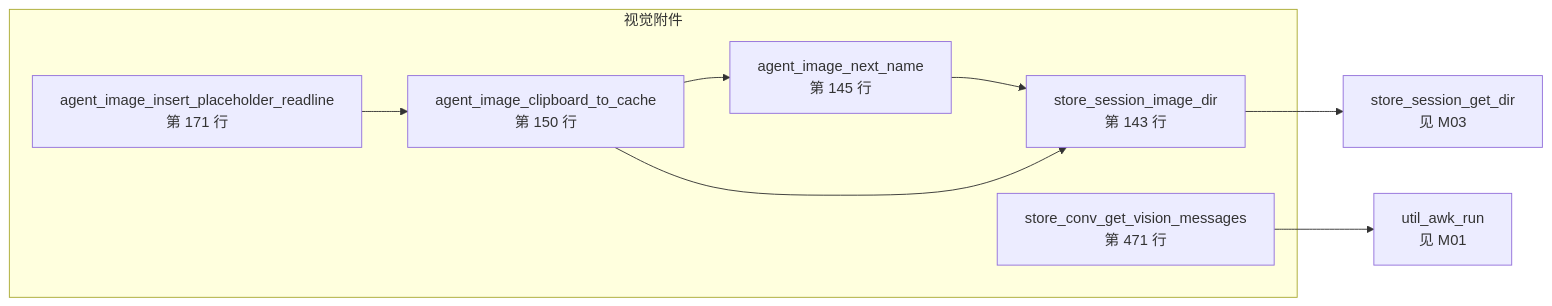
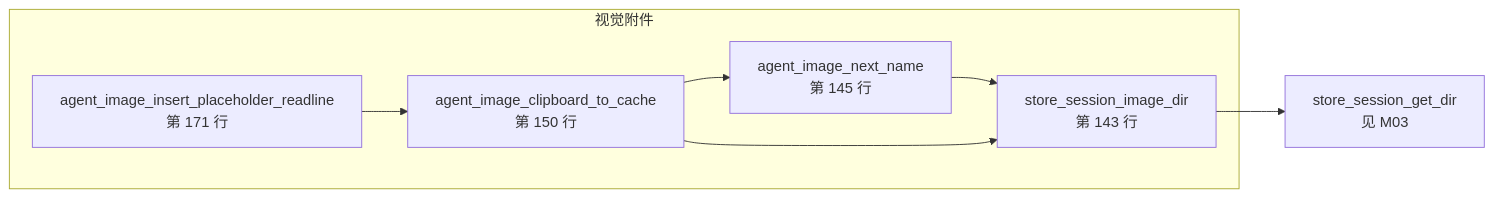
Before and after one commit to lloydzhou/bash-agent: the seventh of 15 diagrams in docs/bash-data-flow.md, drawn with Mermaid. The commit also changed other lines of this file and 2 other files, not shown here.

First line of the commit message:
refactor: store_conv_get_messages 统一文件路径接口

````diff
--- a/docs/bash-data-flow.md
+++ b/docs/bash-data-flow.md
@@ -257,18 +256,15 @@
 ```mermaid
 flowchart LR
   subgraph mod_5["视觉附件"]
     f_store_session_image_dir["store_session_image_dir<br/>第 143 行"]
     f_agent_image_next_name["agent_image_next_name<br/>第 145 行"]
     f_agent_image_clipboard_to_cache["agent_image_clipboard_to_cache<br/>第 150 行"]
     f_agent_image_insert_placeholder_readline["agent_image_insert_placeholder_readline<br/>第 171 行"]
-    f_store_conv_get_vision_messages["store_conv_get_vision_messages<br/>第 471 行"]
   end
   f_store_session_get_dir["store_session_get_dir<br/>见 M03"]
-  f_util_awk_run["util_awk_run<br/>见 M01"]
   f_store_session_image_dir --> f_store_session_get_dir
   f_agent_image_next_name --> f_store_session_image_dir
   f_agent_image_clipboard_to_cache --> f_agent_image_next_name
   f_agent_image_clipboard_to_cache --> f_store_session_image_dir
   f_agent_image_insert_placeholder_readline --> f_agent_image_clipboard_to_cache
-  f_store_conv_get_vision_messages --> f_util_awk_run
 ```
````
